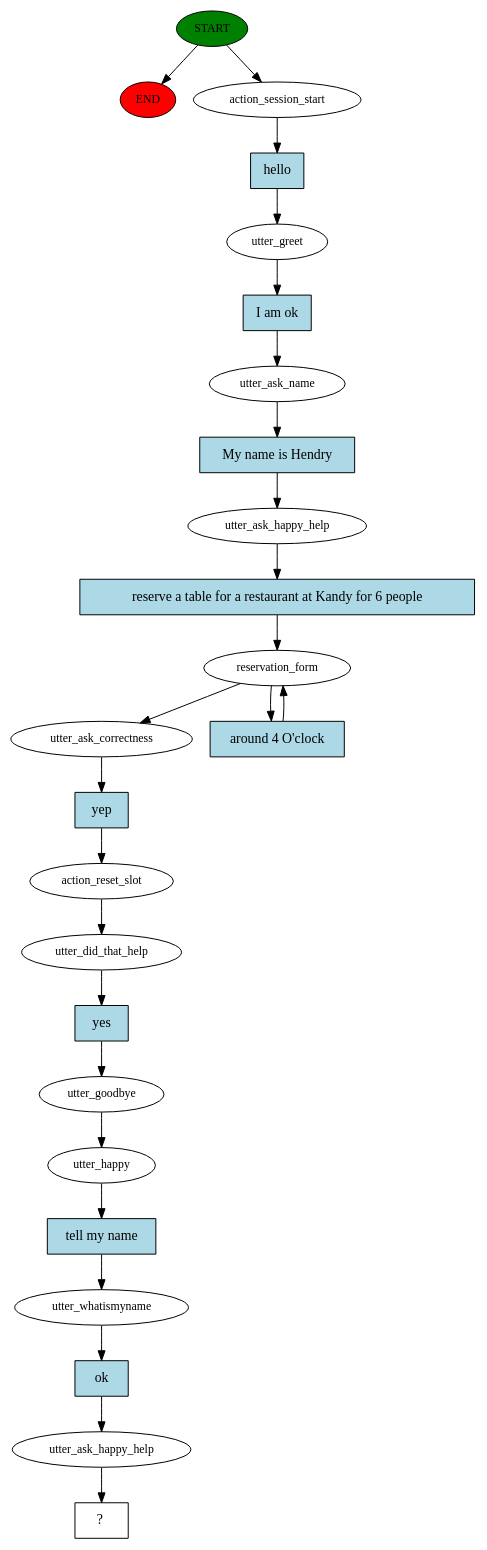
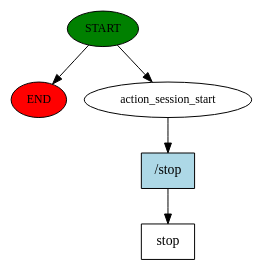
Before and after one commit to ShafeekSaleem/ConversationalAI_ReservationBot: the diagram in story_graph.dot, drawn with Graphviz. The commit also changed 7 other files, not shown here.

```diff
--- a/story_graph.dot
+++ b/story_graph.dot
@@ -1,50 +1,11 @@
 digraph  {
 0 [class="start active", fillcolor=green, fontsize=12, label=START, style=filled];
 "-1" [class=end, fillcolor=red, fontsize=12, label=END, style=filled];
 1 [class=active, fontsize=12, label=action_session_start];
-2 [class=active, fontsize=12, label=utter_greet];
-3 [class=active, fontsize=12, label=utter_ask_name];
-4 [class=active, fontsize=12, label=utter_ask_happy_help];
-5 [class=active, fontsize=12, label=reservation_form];
-7 [class=active, fontsize=12, label=utter_ask_correctness];
-8 [class=active, fontsize=12, label=action_reset_slot];
-9 [class=active, fontsize=12, label=utter_did_that_help];
-10 [class=active, fontsize=12, label=utter_goodbye];
-11 [class=active, fontsize=12, label=utter_happy];
-12 [class=active, fontsize=12, label=utter_whatismyname];
-13 [class=active, fontsize=12, label=utter_ask_happy_help];
-14 [class="intent dashed active", label="  ?  ", shape=rect];
-15 [class="intent active", fillcolor=lightblue, label=hello, shape=rect, style=filled];
-16 [class="intent active", fillcolor=lightblue, label="I am ok", shape=rect, style=filled];
-17 [class="intent active", fillcolor=lightblue, label="My name is Hendry", shape=rect, style=filled];
-18 [class="intent active", fillcolor=lightblue, label="reserve a table for a restaurant at Kandy for 6 people", shape=rect, style=filled];
-19 [class="intent active", fillcolor=lightblue, label="around 4 O'clock", shape=rect, style=filled];
-20 [class="intent active", fillcolor=lightblue, label=yep, shape=rect, style=filled];
-21 [class="intent active", fillcolor=lightblue, label=yes, shape=rect, style=filled];
-22 [class="intent active", fillcolor=lightblue, label="tell my name", shape=rect, style=filled];
-23 [class="intent active", fillcolor=lightblue, label=ok, shape=rect, style=filled];
+2 [class="intent dashed active", label=stop, shape=rect];
+3 [class="intent active", fillcolor=lightblue, label="/stop", shape=rect, style=filled];
 0 -> "-1"  [class="", key=NONE, label=""];
 0 -> 1  [class=active, key=NONE, label=""];
-1 -> 15  [class=active, key=0];
-2 -> 16  [class=active, key=0];
-3 -> 17  [class=active, key=0];
-4 -> 18  [class=active, key=0];
-5 -> 7  [class=active, key=NONE, label=""];
-5 -> 19  [class=active, key=0];
-7 -> 20  [class=active, key=0];
-8 -> 9  [class=active, key=NONE, label=""];
-9 -> 21  [class=active, key=0];
-10 -> 11  [class=active, key=NONE, label=""];
-11 -> 22  [class=active, key=0];
-12 -> 23  [class=active, key=0];
-13 -> 14  [class=active, key=NONE, label=""];
-15 -> 2  [class=active, key=0];
-16 -> 3  [class=active, key=0];
-17 -> 4  [class=active, key=0];
-18 -> 5  [class=active, key=0];
-19 -> 5  [class=active, key=0];
-20 -> 8  [class=active, key=0];
-21 -> 10  [class=active, key=0];
-22 -> 12  [class=active, key=0];
-23 -> 13  [class=active, key=0];
+1 -> 3  [class=active, key=0];
+3 -> 2  [class=active, key=0];
 }
```
